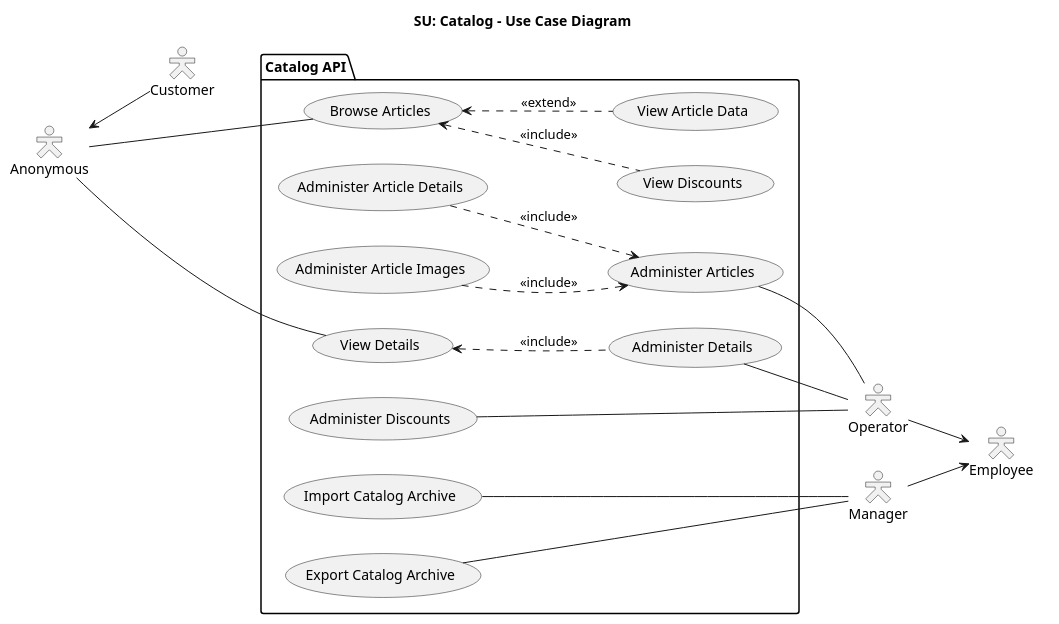
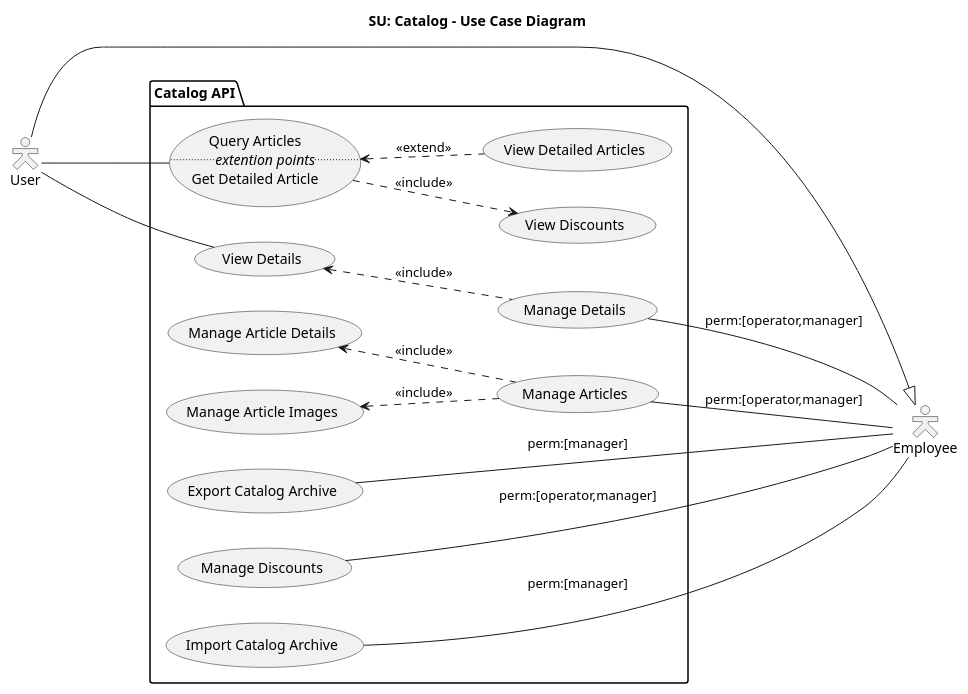
The diagram in docs/SU Catalog - Use Case Diagram.puml (draganovik/matterway), drawn with PlantUML before and after one commit. The commit also changed 3 other files, not shown here.

First line of the commit message:
Refactor use-case diagrams and actors

```diff
--- a/docs/SU Catalog - Use Case Diagram.puml
+++ b/docs/SU Catalog - Use Case Diagram.puml
@@ -1,49 +1,44 @@
 @startuml SUCatalogUseCaseDiagram
 title SU: Catalog - Use Case Diagram
 left to right direction
 skinparam shadowing false
 skinparam actorStyle hollow
 
-actor :Anonymous: as anon
-actor :Customer: as csmr
-anon <-- csmr
+actor user as "User"
+actor empl as "Employee"
 
-rectangle #line:transparent {
-  actor :Employee: as empl
-  actor :Manager: as mngr
-  actor :Operator: as oprt
-}
-oprt --> empl
-mngr --> empl
+user --|> empl
 
 package "Catalog API" {
-  usecase "View Article Data" as viewArticleData
-  usecase "View Discounts" as viewDiscounts
-  usecase "Browse Articles" as browseArticles
-  browseArticles <.. viewArticleData: <<extend>>
-  browseArticles <.. viewDiscounts: <<include>>
+  usecase viewDetailedArticles as "View Detailed Articles"
+  usecase viewDiscounts as "View Discounts"
+  usecase queryArticles as "Query Articles
+                           ..<i>extention points</i>..
+                           Get Detailed Article"
+  queryArticles <.. viewDetailedArticles: <<extend>>
+  queryArticles ..> viewDiscounts: <<include>>
 
-  usecase "Administer Articles" as administerArticles
-  usecase "Administer Article Details" as administerArticleDetails
-  usecase "Administer Article Images" as administerArticleImages
-  usecase "Administer Discounts" as administerDiscounts
-  administerArticleDetails ..> administerArticles : <<include>>
-  administerArticleImages ..> administerArticles : <<include>>
+  usecase manageArticles as "Manage Articles"
+  usecase manageArticleDetails as "Manage Article Details"
+  usecase manageArticleImages as "Manage Article Images"
+  usecase manageDiscounts as "Manage Discounts"
+  manageArticleDetails <.. manageArticles : <<include>>
+  manageArticleImages <.. manageArticles : <<include>>
 
-  usecase "View Details" as viewDetails
-  usecase "Administer Details" as administerDetails
-  viewDetails <.. administerDetails : <<include>>
+  usecase viewDetails as "View Details"
+  usecase manageDetails as "Manage Details"
+  viewDetails <.. manageDetails : <<include>>
 
-  usecase "Import Catalog Archive" as importCatalogArchive
-  usecase "Export Catalog Archive" as exportCatalogArchive
+  usecase importCatalogArchive as "Import Catalog Archive"
+  usecase exportCatalogArchive as "Export Catalog Archive"
 }
 
-anon --- browseArticles
-anon --- viewDetails
+user --- queryArticles
+user --- viewDetails
 
-administerArticles -- oprt
-administerDiscounts -- oprt
-administerDetails -- oprt
-importCatalogArchive -- mngr
-exportCatalogArchive -- mngr
+manageArticles -- empl : perm:[operator,manager]
+manageDiscounts -- empl : perm:[operator,manager]
+manageDetails -- empl : perm:[operator,manager]
+importCatalogArchive -- empl : perm:[manager]
+exportCatalogArchive -- empl : perm:[manager]
 @enduml
```
